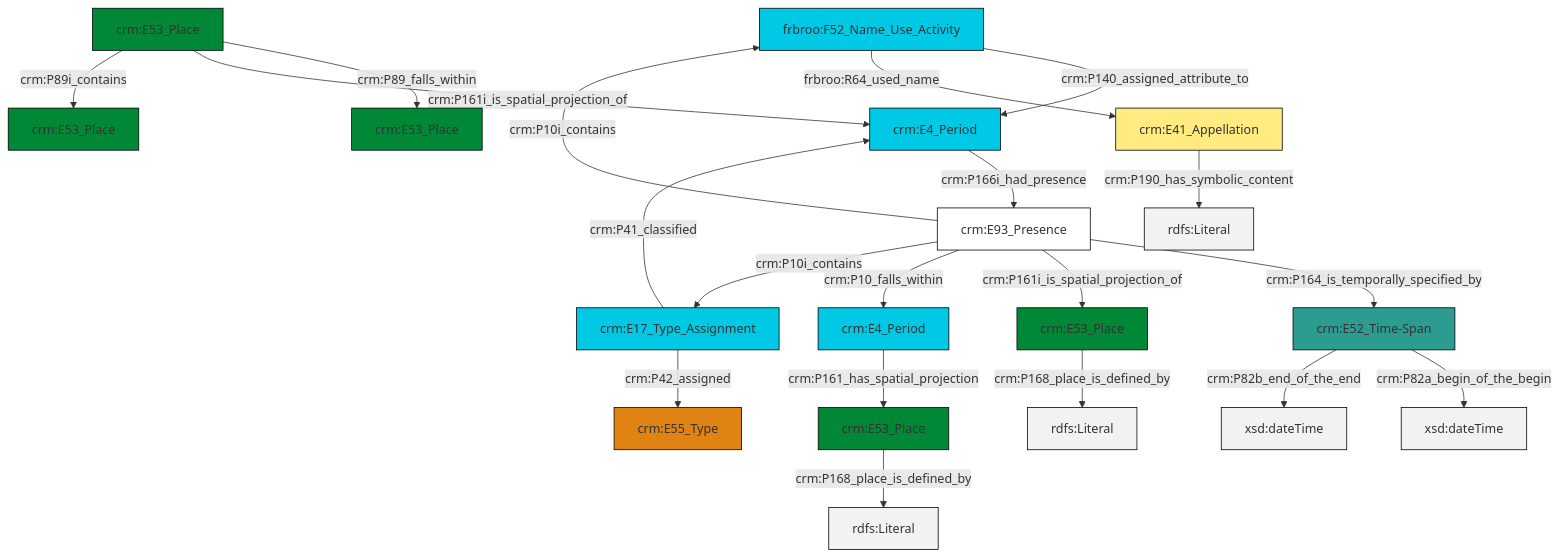
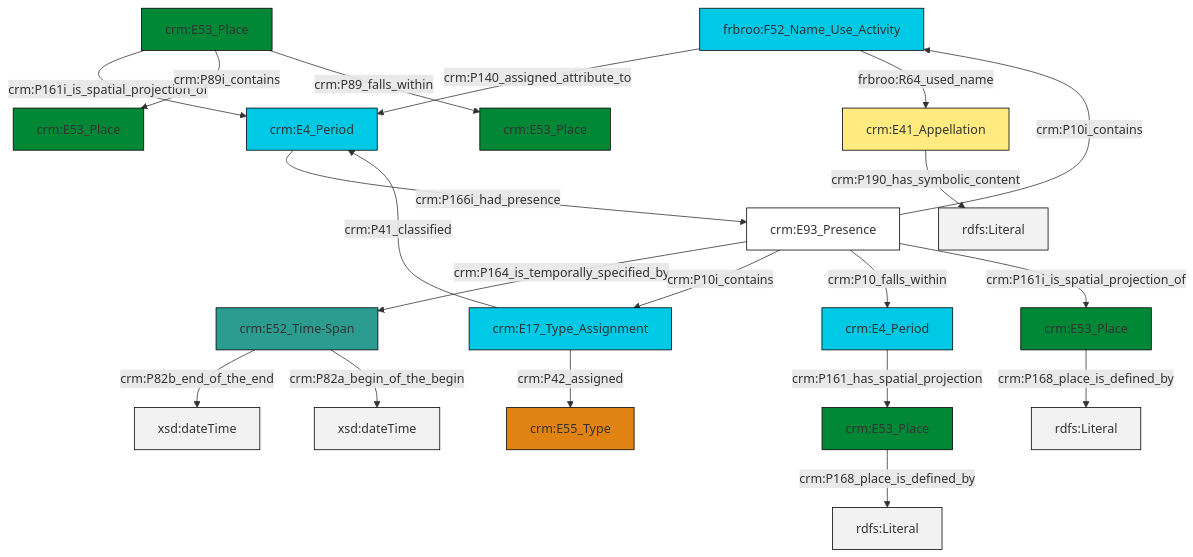
The diagram in et/placeCSV/ttl/mmd/place_parthood.ttl.mmd (swiss-art-research-net/reference-data-models), drawn with Mermaid before and after one commit. The commit also changed 131 other files, not shown here.

```diff
--- a/et/placeCSV/ttl/mmd/place_parthood.ttl.mmd
+++ b/et/placeCSV/ttl/mmd/place_parthood.ttl.mmd
@@ -1,34 +1,34 @@
 graph TD
 classDef Literal fill:#f2f2f2,stroke:#000000;
 classDef CRM_Entity fill:#FFFFFF,stroke:#000000;
 classDef Temporal_Entity fill:#00C9E6, stroke:#000000;
 classDef Type fill:#E18312, stroke:#000000;
 classDef Time-Span fill:#2C9C91, stroke:#000000;
 classDef Appellation fill:#FFEB7F, stroke:#000000;
 classDef Place fill:#008836, stroke:#000000;
 classDef Persistent_Item fill:#B266B2, stroke:#000000;
 classDef Conceptual_Object fill:#FFD700, stroke:#000000;
 classDef Physical_Thing fill:#D2B48C, stroke:#000000;
 classDef Actor fill:#f58aad, stroke:#000000;
 classDef PC_Classes fill:#4ce600, stroke:#000000;
 classDef Multi fill:#cccccc,stroke:#000000;
 
-0["frbroo:F52_Name_Use_Activity"]:::Temporal_Entity -->|crm:P140_assigned_attribute_to| 1["crm:E4_Period"]:::Temporal_Entity
-2["crm:E93_Presence"]:::CRM_Entity -->|crm:P164_is_temporally_specified_by| 3["crm:E52_Time-Span"]:::Time-Span
-4["crm:E53_Place"]:::Place -->|crm:P89_falls_within| 5["crm:E53_Place"]:::Place
-0["frbroo:F52_Name_Use_Activity"]:::Temporal_Entity -->|frbroo:R64_used_name| 10["crm:E41_Appellation"]:::Appellation
-11["crm:E4_Period"]:::Temporal_Entity -->|crm:P161_has_spatial_projection| 12["crm:E53_Place"]:::Place
-13["crm:E53_Place"]:::Place -->|crm:P168_place_is_defined_by| 14[rdfs:Literal]:::Literal
-4["crm:E53_Place"]:::Place -->|crm:P161i_is_spatial_projection_of| 1["crm:E4_Period"]:::Temporal_Entity
-2["crm:E93_Presence"]:::CRM_Entity -->|crm:P161i_is_spatial_projection_of| 13["crm:E53_Place"]:::Place
-2["crm:E93_Presence"]:::CRM_Entity -->|crm:P10_falls_within| 11["crm:E4_Period"]:::Temporal_Entity
-16["crm:E17_Type_Assignment"]:::Temporal_Entity -->|crm:P42_assigned| 18["crm:E55_Type"]:::Type
-2["crm:E93_Presence"]:::CRM_Entity -->|crm:P10i_contains| 0["frbroo:F52_Name_Use_Activity"]:::Temporal_Entity
-10["crm:E41_Appellation"]:::Appellation -->|crm:P190_has_symbolic_content| 21[rdfs:Literal]:::Literal
-3["crm:E52_Time-Span"]:::Time-Span -->|crm:P82a_begin_of_the_begin| 23[xsd:dateTime]:::Literal
-4["crm:E53_Place"]:::Place -->|crm:P89i_contains| 6["crm:E53_Place"]:::Place
-2["crm:E93_Presence"]:::CRM_Entity -->|crm:P10i_contains| 16["crm:E17_Type_Assignment"]:::Temporal_Entity
-3["crm:E52_Time-Span"]:::Time-Span -->|crm:P82b_end_of_the_end| 26[xsd:dateTime]:::Literal
-12["crm:E53_Place"]:::Place -->|crm:P168_place_is_defined_by| 27[rdfs:Literal]:::Literal
-1["crm:E4_Period"]:::Temporal_Entity -->|crm:P166i_had_presence| 2["crm:E93_Presence"]:::CRM_Entity
-16["crm:E17_Type_Assignment"]:::Temporal_Entity -->|crm:P41_classified| 1["crm:E4_Period"]:::Temporal_Entity
+0["crm:E53_Place"]:::Place -->|crm:P168_place_is_defined_by| 1[rdfs:Literal]:::Literal
+4["crm:E53_Place"]:::Place -->|crm:P168_place_is_defined_by| 5[rdfs:Literal]:::Literal
+6["frbroo:F52_Name_Use_Activity"]:::Temporal_Entity -->|crm:P140_assigned_attribute_to| 7["crm:E4_Period"]:::Temporal_Entity
+8["crm:E53_Place"]:::Place -->|crm:P161i_is_spatial_projection_of| 7["crm:E4_Period"]:::Temporal_Entity
+9["crm:E93_Presence"]:::CRM_Entity -->|crm:P164_is_temporally_specified_by| 10["crm:E52_Time-Span"]:::Time-Span
+10["crm:E52_Time-Span"]:::Time-Span -->|crm:P82b_end_of_the_end| 12[xsd:dateTime]:::Literal
+9["crm:E93_Presence"]:::CRM_Entity -->|crm:P10i_contains| 13["crm:E17_Type_Assignment"]:::Temporal_Entity
+6["frbroo:F52_Name_Use_Activity"]:::Temporal_Entity -->|frbroo:R64_used_name| 18["crm:E41_Appellation"]:::Appellation
+8["crm:E53_Place"]:::Place -->|crm:P89i_contains| 20["crm:E53_Place"]:::Place
+13["crm:E17_Type_Assignment"]:::Temporal_Entity -->|crm:P42_assigned| 14["crm:E55_Type"]:::Type
+8["crm:E53_Place"]:::Place -->|crm:P89_falls_within| 2["crm:E53_Place"]:::Place
+9["crm:E93_Presence"]:::CRM_Entity -->|crm:P10i_contains| 6["frbroo:F52_Name_Use_Activity"]:::Temporal_Entity
+13["crm:E17_Type_Assignment"]:::Temporal_Entity -->|crm:P41_classified| 7["crm:E4_Period"]:::Temporal_Entity
+9["crm:E93_Presence"]:::CRM_Entity -->|crm:P10_falls_within| 23["crm:E4_Period"]:::Temporal_Entity
+18["crm:E41_Appellation"]:::Appellation -->|crm:P190_has_symbolic_content| 25[rdfs:Literal]:::Literal
+7["crm:E4_Period"]:::Temporal_Entity -->|crm:P166i_had_presence| 9["crm:E93_Presence"]:::CRM_Entity
+9["crm:E93_Presence"]:::CRM_Entity -->|crm:P161i_is_spatial_projection_of| 4["crm:E53_Place"]:::Place
+23["crm:E4_Period"]:::Temporal_Entity -->|crm:P161_has_spatial_projection| 0["crm:E53_Place"]:::Place
+10["crm:E52_Time-Span"]:::Time-Span -->|crm:P82a_begin_of_the_begin| 30[xsd:dateTime]:::Literal
```
